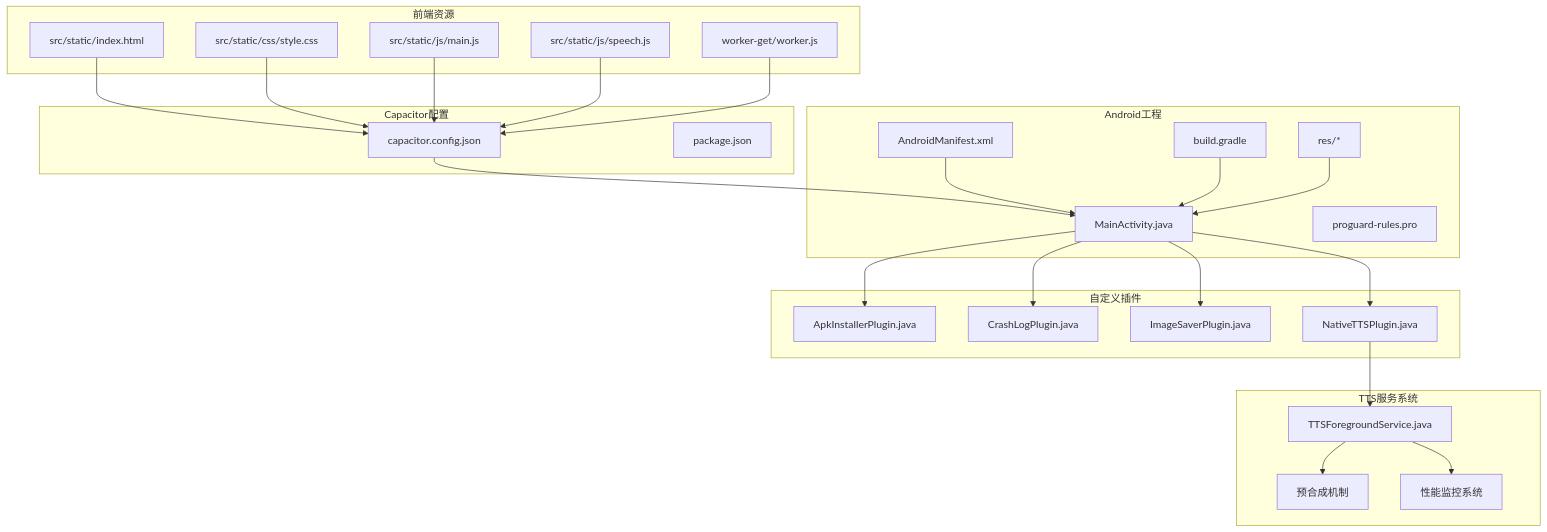
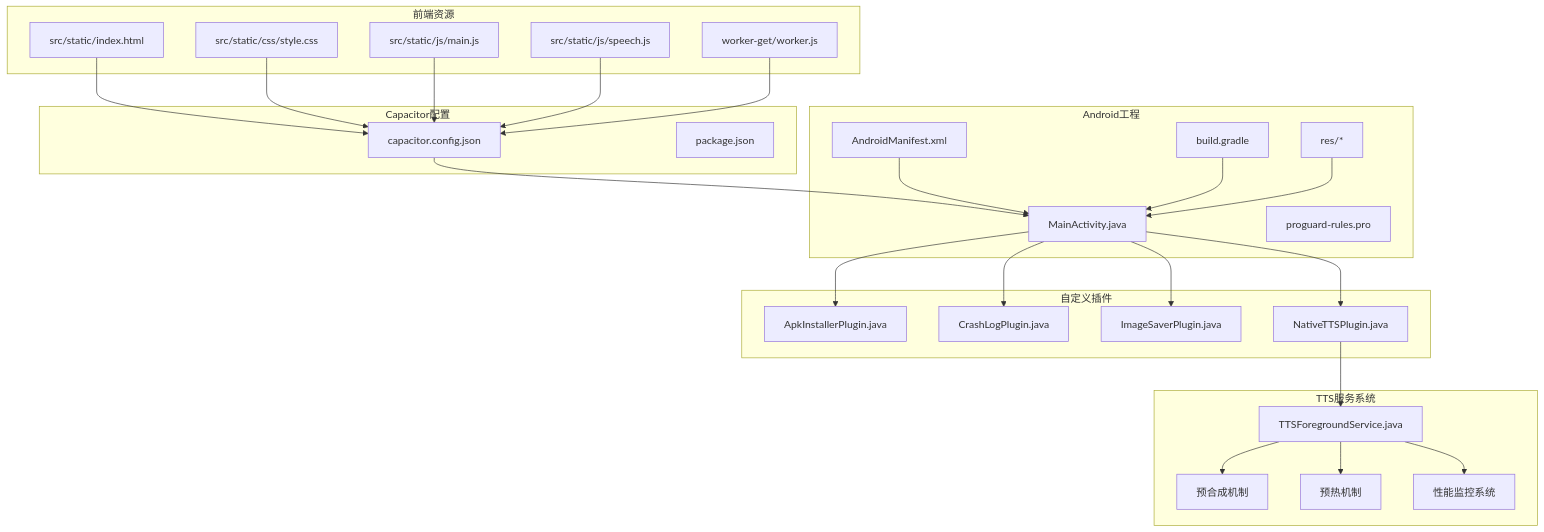
The first of 11 diagrams in .qoder/repowiki/zh/content/移动应用开发/移动应用开发.md (zhao-zg/cx), drawn with Mermaid before and after one commit. The commit also changed other lines of this file and 31 other files, not shown here.

````diff
--- a/.qoder/repowiki/zh/content/移动应用开发/移动应用开发.md
+++ b/.qoder/repowiki/zh/content/移动应用开发/移动应用开发.md
@@ -66,48 +67,50 @@
 ```mermaid
 graph TB
 subgraph "前端资源"
 HTML["src/static/index.html"]
 CSS["src/static/css/style.css"]
 JS["src/static/js/main.js"]
 SPEECH["src/static/js/speech.js"]
 WORKER["worker-get/worker.js"]
 end
 subgraph "Capacitor配置"
 CAP_CONF["capacitor.config.json"]
 PKG["package.json"]
 end
 subgraph "Android工程"
 MANIFEST["AndroidManifest.xml"]
 MAINACT["MainActivity.java"]
 BUILD_GRADLE["build.gradle"]
 PROGUARD["proguard-rules.pro"]
 RES["res/*"]
 end
 subgraph "自定义插件"
 APK["ApkInstallerPlugin.java"]
 CRASH["CrashLogPlugin.java"]
 IMG["ImageSaverPlugin.java"]
 TTS["NativeTTSPlugin.java"]
 end
 subgraph "TTS服务系统"
 TTS_SERVICE["TTSForegroundService.java"]
 PRE_SYNTH["预合成机制"]
+WARMUP["预热机制"]
 PERF_MONITOR["性能监控系统"]
 end
 HTML --> CAP_CONF
 CSS --> CAP_CONF
 JS --> CAP_CONF
 SPEECH --> CAP_CONF
 WORKER --> CAP_CONF
 CAP_CONF --> MAINACT
 MAINACT --> APK
 MAINACT --> CRASH
 MAINACT --> IMG
 MAINACT --> TTS
 MANIFEST --> MAINACT
 BUILD_GRADLE --> MAINACT
 RES --> MAINACT
 TTS --> TTS_SERVICE
 TTS_SERVICE --> PRE_SYNTH
+TTS_SERVICE --> WARMUP
 TTS_SERVICE --> PERF_MONITOR
 ```
````
